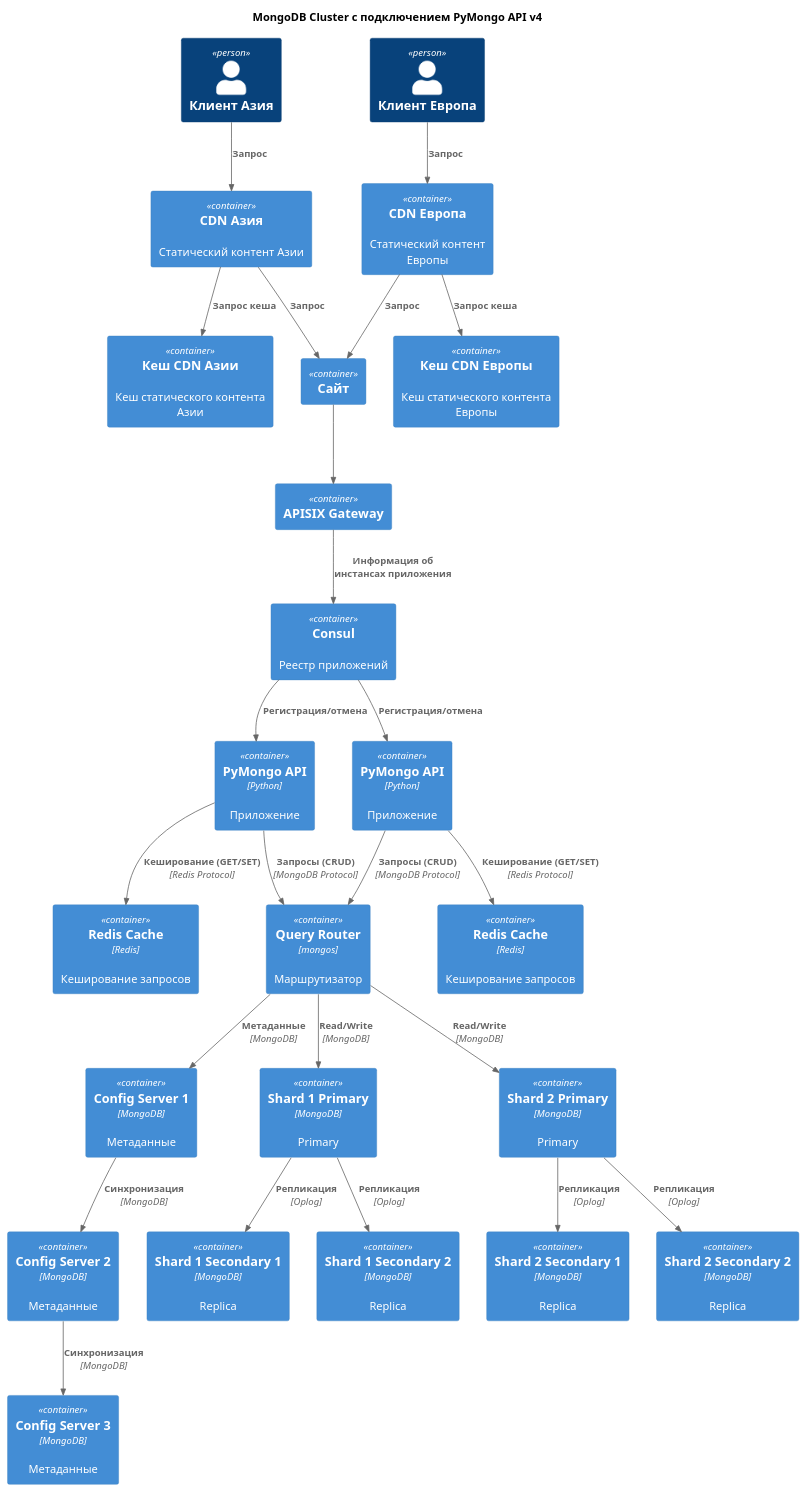
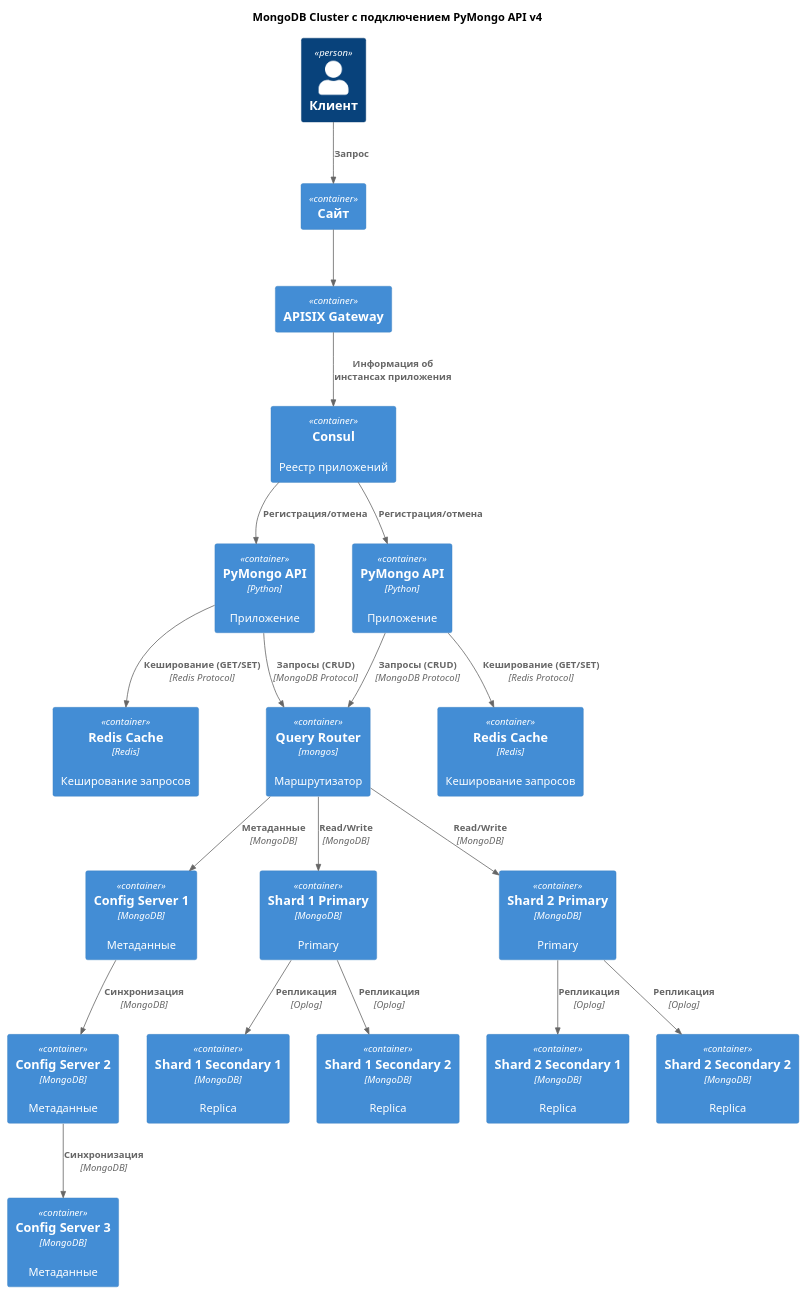
The diagram in schemes/task5.puml (rminchakov-ctrl/architecture-pro-black_friday), drawn with PlantUML before and after one commit. The commit also changed 9 other files, not shown here.

```diff
--- a/schemes/task5.puml
+++ b/schemes/task5.puml
@@ -1,63 +1,52 @@
 @startuml MongoDB Cluster with PyMongo API
 !include https://raw.githubusercontent.com/plantuml-stdlib/C4-PlantUML/master/C4_Component.puml
 
 title MongoDB Cluster с подключением PyMongo API v4
 
-Person(client_asia, "Клиент Азия")
-Person(client_europa, "Клиент Европа")
-Container(cdn_asia, "CDN Азия", "", "Статический контент Азии")
-Container(cache_asia, "Кеш CDN Азии", "", "Кеш статического контента Азии")
-Container(cdn_europa, "CDN Европа", "", "Статический контент Европы")
-Container(cache_europa, "Кеш CDN Европы", "", "Кеш статического контента Европы")
+Person(client, "Клиент")
 Container(site, "Сайт", "", "")
 Container(gateway, "APISIX Gateway", "", "")
 Container(consul, "Consul", "", "Реестр приложений")
 Container(pymongo_api1, "PyMongo API", "Python", "Приложение")
 Container(pymongo_api2, "PyMongo API", "Python", "Приложение")
 Container(redis1, "Redis Cache", "Redis", "Кеширование запросов")
 Container(redis2, "Redis Cache", "Redis", "Кеширование запросов")
 Container(query_router, "Query Router", "mongos", "Маршрутизатор")
 
 Container(config1, "Config Server 1", "MongoDB", "Метаданные")
 Container(config2, "Config Server 2", "MongoDB", "Метаданные")
 Container(config3, "Config Server 3", "MongoDB", "Метаданные")
 
 Container(shard1_primary, "Shard 1 Primary", "MongoDB", "Primary")
 Container(shard1_secondary1, "Shard 1 Secondary 1", "MongoDB", "Replica")
 Container(shard1_secondary2, "Shard 1 Secondary 2", "MongoDB", "Replica")
 
 Container(shard2_primary, "Shard 2 Primary", "MongoDB", "Primary")
 Container(shard2_secondary1, "Shard 2 Secondary 1", "MongoDB", "Replica")
 Container(shard2_secondary2, "Shard 2 Secondary 2", "MongoDB", "Replica")
 
-Rel(client_asia, cdn_asia, "Запрос")
-Rel(cdn_asia, site, "Запрос")
-Rel(cdn_asia, cache_asia, "Запрос кеша")
-Rel(client_europa, cdn_europa, "Запрос")
-Rel(cdn_europa, site, "Запрос")
-Rel(cdn_europa, cache_europa, "Запрос кеша")
-
+Rel(client, site, "Запрос")
 Rel(site, gateway, "")
 Rel(gateway, consul, "Информация об инстансах приложения")
 Rel(consul, pymongo_api1,"Регистрация/отмена")
 Rel(consul, pymongo_api2,"Регистрация/отмена")
 
 Rel(pymongo_api1, redis1, "Кеширование (GET/SET)", "Redis Protocol")
 Rel(pymongo_api1, query_router, "Запросы (CRUD)", "MongoDB Protocol")
 
 Rel(pymongo_api2, redis2, "Кеширование (GET/SET)", "Redis Protocol")
 Rel(pymongo_api2, query_router, "Запросы (CRUD)", "MongoDB Protocol")
 
 Rel(config1, config2, "Синхронизация", "MongoDB")
 Rel(config2, config3, "Синхронизация", "MongoDB")
 Rel(query_router, config1, "Метаданные", "MongoDB")
 
 Rel(query_router, shard1_primary, "Read/Write", "MongoDB")
 Rel(shard1_primary, shard1_secondary1, "Репликация", "Oplog")
 Rel(shard1_primary, shard1_secondary2, "Репликация", "Oplog")
 
 Rel(query_router, shard2_primary, "Read/Write", "MongoDB")
 Rel(shard2_primary, shard2_secondary1, "Репликация", "Oplog")
 Rel(shard2_primary, shard2_secondary2, "Репликация", "Oplog")
 
 @enduml
```
